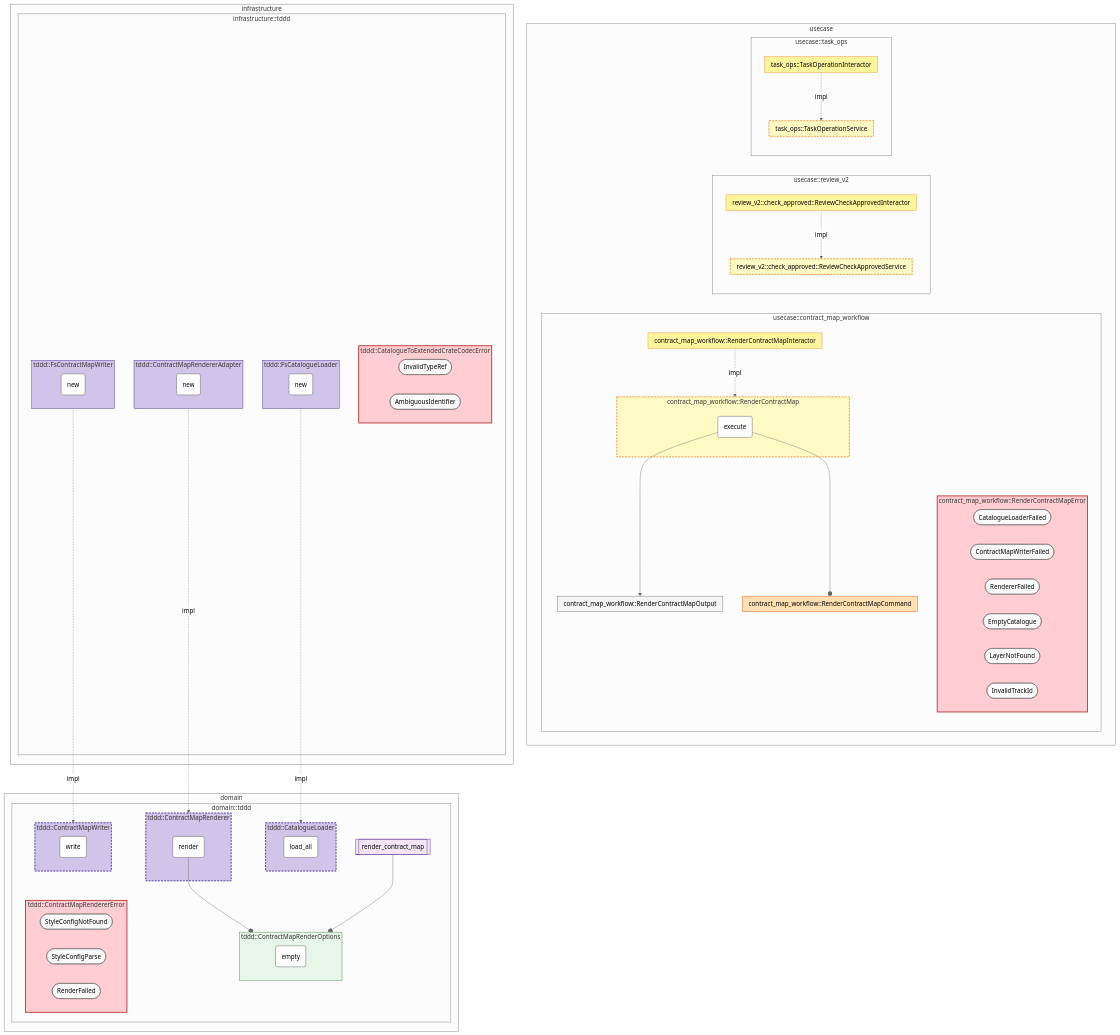
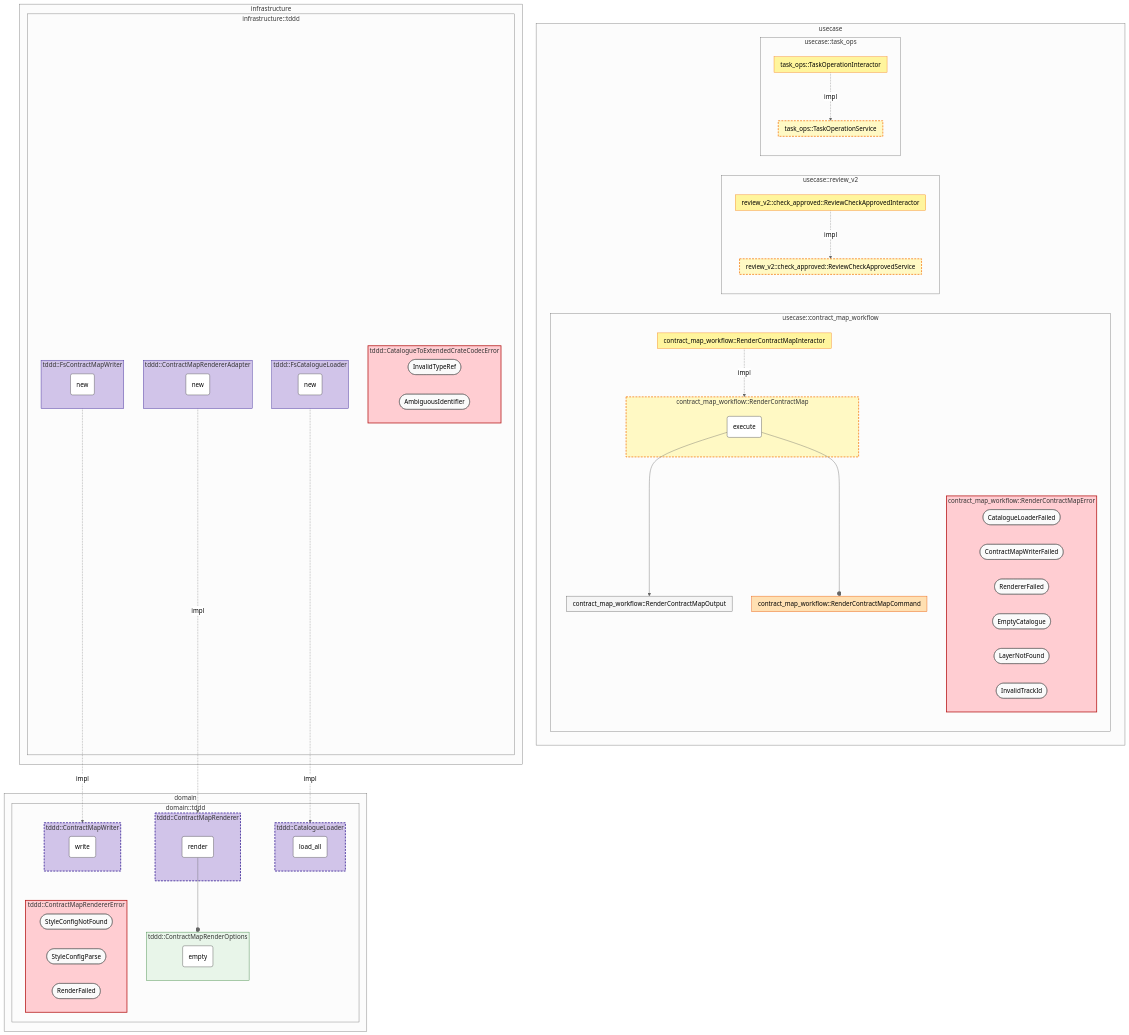
One commit to Flip451/SoTOHE-core changed the diagram in track/items/contract-map-v3-2026-05-15/contract-map.md. Above: the diagram before and after it, drawn with Mermaid (neutral theme). The commit also changed 11 other files, not shown here.

```diff
--- a/track/items/contract-map-v3-2026-05-15/contract-map.md
+++ b/track/items/contract-map-v3-2026-05-15/contract-map.md
@@ -43,7 +43,6 @@
     subgraph R17_domain_domain_ContractMapWriter["tddd::ContractMapWriter"]
       R17_domain_domain_ContractMapWriter_m_0(write)
     end
-    F54_domain_domain_S_tddd_S_contract__map__render_S_render__contract__map[[render_contract_map]]
   end
 end
 subgraph L_usecase["usecase"]
@@ -98,7 +97,6 @@
 end
 
 R19_domain_domain_ContractMapRenderer_m_0 --o T24_domain_domain_ContractMapRenderOptions
-F54_domain_domain_S_tddd_S_contract__map__render_S_render__contract__map --o T24_domain_domain_ContractMapRenderOptions
 R17_usecase_usecase_RenderContractMap_m_0 --o T24_usecase_usecase_RenderContractMapCommand
 R17_usecase_usecase_RenderContractMap_m_0 --> T23_usecase_usecase_RenderContractMapOutput
 T27_usecase_usecase_RenderContractMapInteractor -.->|impl| R17_usecase_usecase_RenderContractMap
@@ -120,8 +118,6 @@
 class T24_domain_domain_ContractMapRendererError errorType
 class R17_domain_domain_ContractMapWriter secondaryPort
 class R17_domain_domain_ContractMapWriter_m_0 methodNode
-class F54_domain_domain_S_tddd_S_contract__map__render_S_render__contract__map freeFunction
-class F54_domain_domain_S_tddd_S_contract__map__render_S_render__contract__map functionNode
 class R17_usecase_usecase_RenderContractMap applicationService
 class R17_usecase_usecase_RenderContractMap_m_0 methodNode
 class T24_usecase_usecase_RenderContractMapCommand command
```
